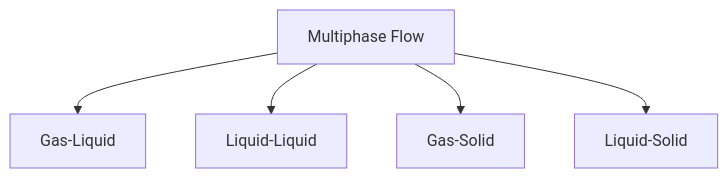
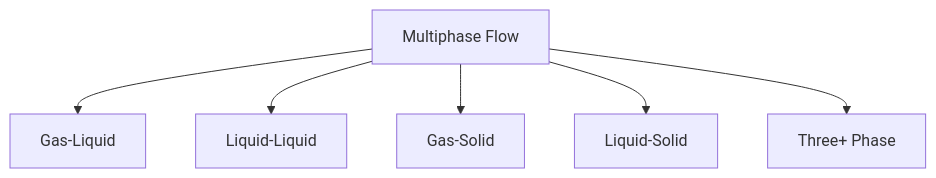
One commit to wramet/build-my-cfd changed the diagram in MODULE_04_MULTIPHASE_FUNDAMENTALS/CONTENT/01_FUNDAMENTAL_CONCEPTS/00_Overview.md. Above: the diagram before and after it, drawn with Mermaid. The commit also changed other lines of this file and 75 other files, not shown here.

````diff
--- a/MODULE_04_MULTIPHASE_FUNDAMENTALS/CONTENT/01_FUNDAMENTAL_CONCEPTS/00_Overview.md
+++ b/MODULE_04_MULTIPHASE_FUNDAMENTALS/CONTENT/01_FUNDAMENTAL_CONCEPTS/00_Overview.md
@@ -20,7 +48,8 @@
 ```mermaid
 flowchart TD
     A[Multiphase Flow] --> B[Gas-Liquid]
     A --> C[Liquid-Liquid]
     A --> D[Gas-Solid]
     A --> E[Liquid-Solid]
+    A --> F[Three+ Phase]
 ```
````
